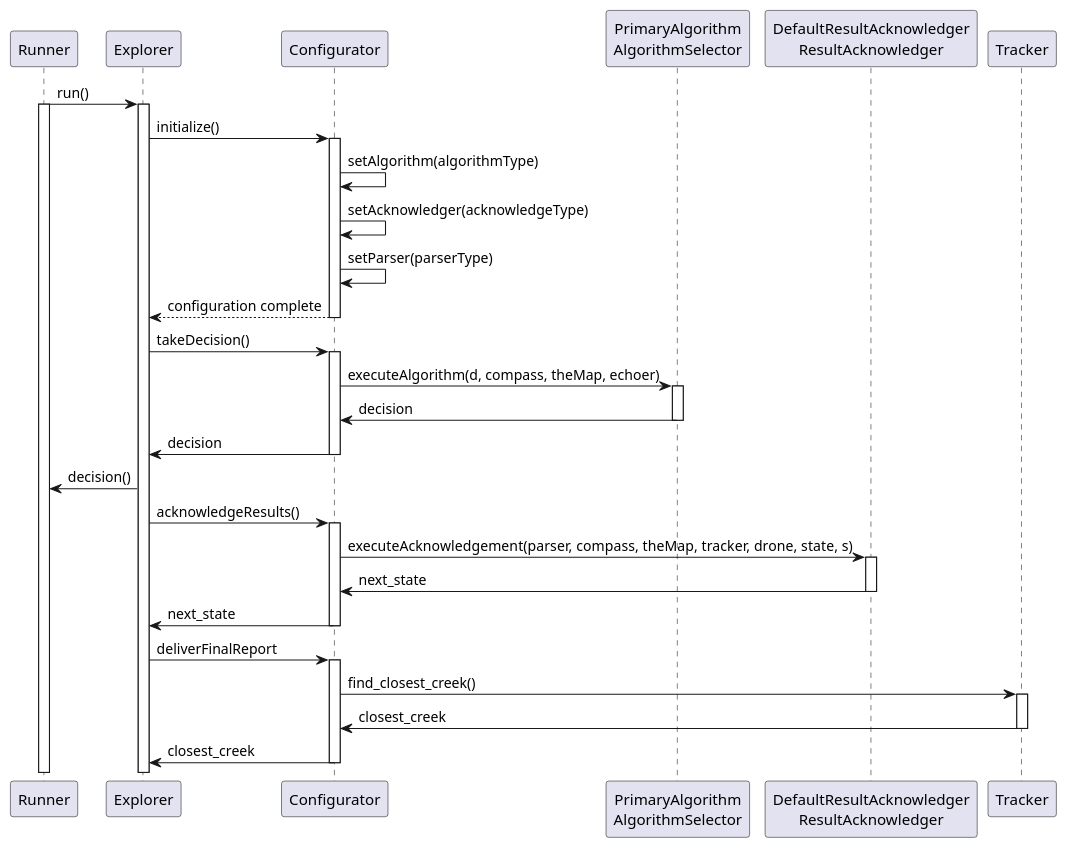
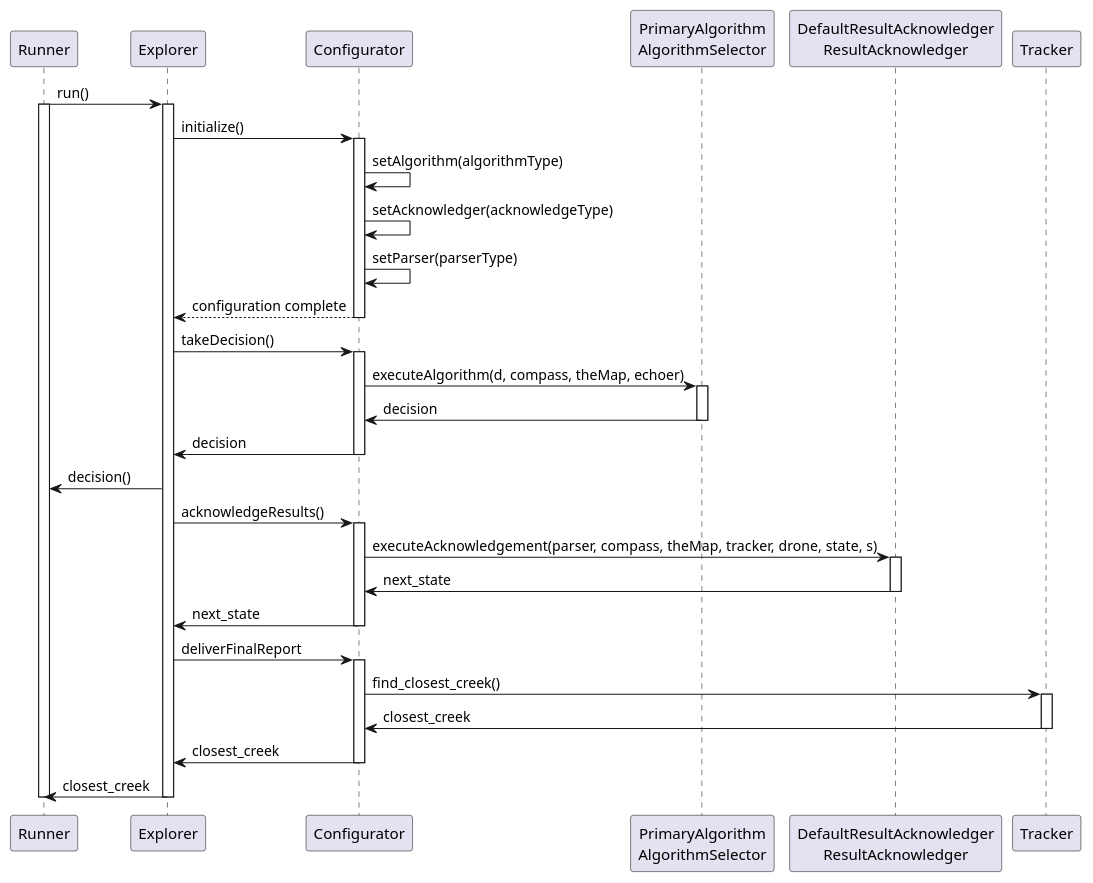
Before and after one commit to nehadst/Drone-Rescue: the diagram in SequenceDiagram.plantuml, drawn with PlantUML.

Commit message:
Added one more interaction from Explorer to Runner, and deactivated both Explorer and Runner to avoid infinite activation, #56

```diff
--- a/SequenceDiagram.plantuml
+++ b/SequenceDiagram.plantuml
@@ -1,54 +1,57 @@
-@startuml
+@startuml Sequence_Diagram
 
 participant Runner
 participant Explorer
 participant Configurator
 participant "PrimaryAlgorithm\nAlgorithmSelector" as PrimaryAlgorithm
 participant "DefaultResultAcknowledger\nResultAcknowledger" as DefaultResultAcknowledger
 participant Tracker
 
 Runner -> Explorer : run()
 activate Runner
 activate Explorer
 
 Explorer -> Configurator : initialize()
 activate Configurator
 Configurator -> Configurator : setAlgorithm(algorithmType)
 Configurator -> Configurator : setAcknowledger(acknowledgeType)
 Configurator -> Configurator : setParser(parserType)
 Configurator --> Explorer : configuration complete
 deactivate Configurator
 
 Explorer -> Configurator : takeDecision()
 activate Configurator
 Configurator -> PrimaryAlgorithm : executeAlgorithm(d, compass, theMap, echoer)
 activate PrimaryAlgorithm
 PrimaryAlgorithm -> Configurator : decision
 deactivate PrimaryAlgorithm
 Configurator -> Explorer : decision
 deactivate Configurator
 Explorer -> Runner : decision()
 
 Explorer -> Configurator : acknowledgeResults()
 activate Configurator
 Configurator -> DefaultResultAcknowledger : executeAcknowledgement(parser, compass, theMap, tracker, drone, state, s)
 activate DefaultResultAcknowledger
 DefaultResultAcknowledger -> Configurator : next_state
 deactivate DefaultResultAcknowledger
 Configurator -> Explorer : next_state
 deactivate Configurator
 
 
 Explorer -> Configurator : deliverFinalReport
 activate Configurator
 Configurator -> Tracker : find_closest_creek()
 activate Tracker
 Tracker -> Configurator : closest_creek
 deactivate Tracker
 Configurator -> Explorer : closest_creek
 deactivate Configurator
 
+Explorer -> Runner : closest_creek
+deactivate Explorer
+deactivate Runner
 
 
 
 @enduml
```
